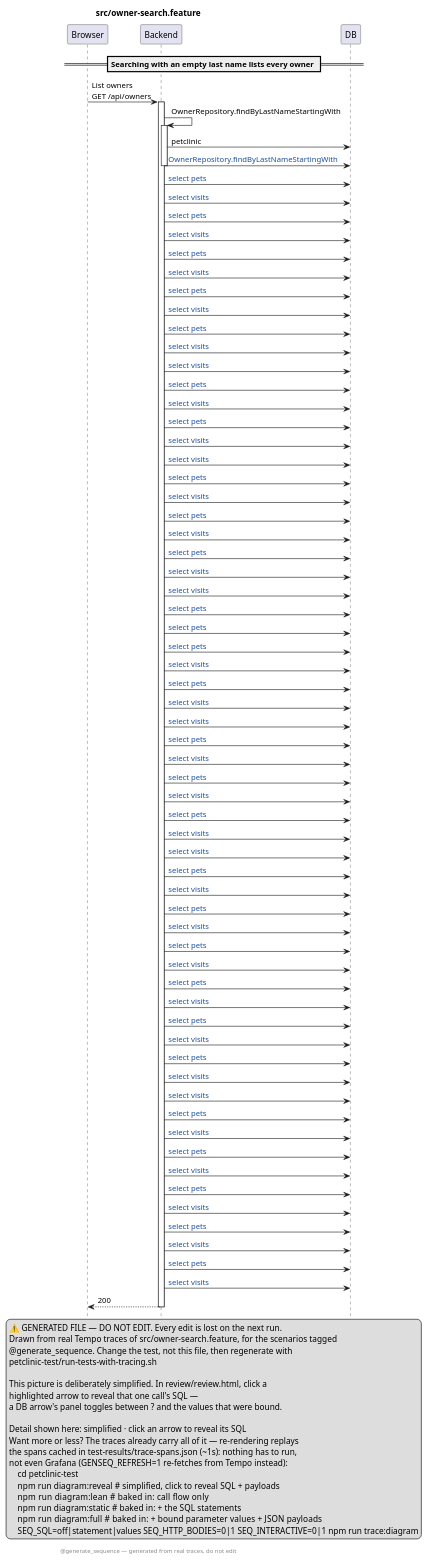
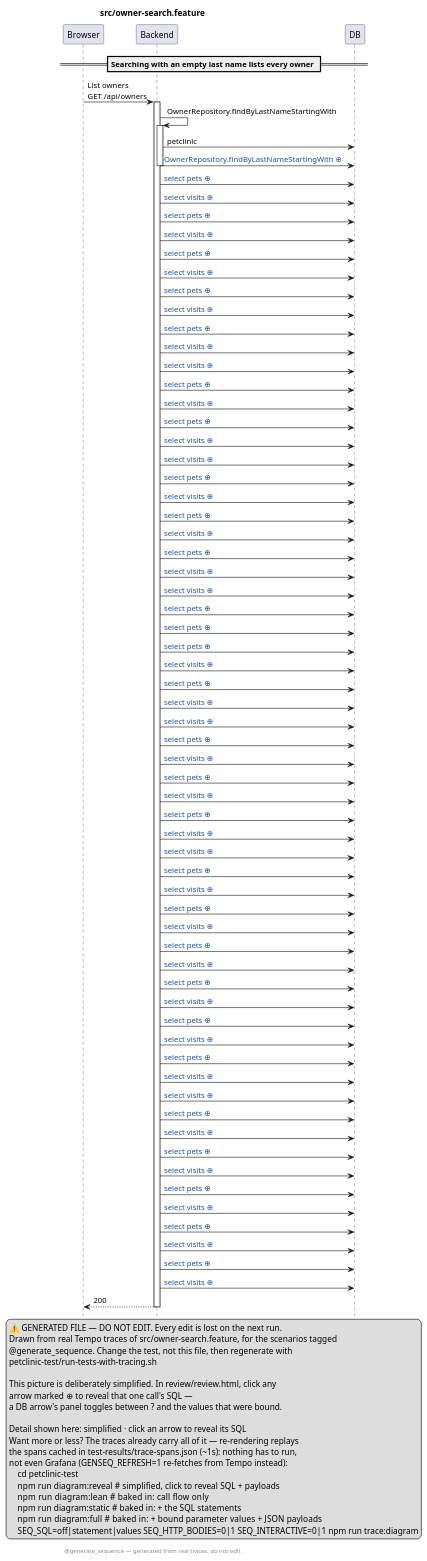
One commit to victorrentea/petclinic changed the diagram in petclinic-test/src/owner-search.feature.genseq.puml. Above: the diagram before and after it, drawn with PlantUML. The commit also changed 4 other files, not shown here.

```diff
--- a/petclinic-test/src/owner-search.feature.genseq.puml
+++ b/petclinic-test/src/owner-search.feature.genseq.puml
@@ -1,102 +1,102 @@
 @startuml
 ' ⚠️  GENERATED FILE — DO NOT EDIT. Every edit is lost on the next run.
 hide footbox
 skinparam hyperlinkUnderline false
 skinparam hyperlinkColor #1A4FA0
 title src/owner-search.feature
 legend right
   ⚠️  GENERATED FILE — DO NOT EDIT. Every edit is lost on the next run.
   Drawn from real Tempo traces of src/owner-search.feature, for the scenarios tagged
   @generate_sequence. Change the test, not this file, then regenerate with
   petclinic-test/run-tests-with-tracing.sh
  
-  This picture is deliberately simplified. In review/review.html, click a
-  highlighted arrow to reveal that one call's SQL —
+  This picture is deliberately simplified. In review/review.html, click any
+  arrow marked ⊕ to reveal that one call's SQL —
   a DB arrow's panel toggles between ? and the values that were bound.
  
   Detail shown here: simplified · click an arrow to reveal its SQL
   Want more or less? The traces already carry all of it — re-rendering replays
   the spans cached in test-results/trace-spans.json (~1s): nothing has to run,
   not even Grafana (GENSEQ_REFRESH=1 re-fetches from Tempo instead):
       cd petclinic-test
       npm run diagram:reveal  # simplified, click to reveal SQL + payloads
       npm run diagram:lean    # baked in: call flow only
       npm run diagram:static  # baked in: + the SQL statements
       npm run diagram:full    # baked in: + bound parameter values + JSON payloads
       SEQ_SQL=off|statement|values SEQ_HTTP_BODIES=0|1 SEQ_INTERACTIVE=0|1 npm run trace:diagram
 end legend
 footer @generate_sequence — generated from real traces, do not edit
 participant Browser
 participant Backend
 participant DB
 == Searching with an empty last name lists every owner ==
 Browser -> Backend: List owners\nGET /api/owners
 activate Backend
 Backend -> Backend: OwnerRepository.findByLastNameStartingWith
 activate Backend
 Backend -> DB: petclinic
-Backend -> DB: [[genseq://143xe0l{Click for the statement behind this call} OwnerRepository.findByLastNameStartingWith]]
+Backend -> DB: [[genseq://143xe0l{Click for the statement behind this call} OwnerRepository.findByLastNameStartingWith ⊕]]
 deactivate Backend
-Backend -> DB: [[genseq://030w0nk{Click for the statement behind this call} select pets]]
-Backend -> DB: [[genseq://0nq1lxs{Click for the statement behind this call} select visits]]
-Backend -> DB: [[genseq://12cxbed{Click for the statement behind this call} select pets]]
-Backend -> DB: [[genseq://1n22wol{Click for the statement behind this call} select visits]]
-Backend -> DB: [[genseq://1lhvte6{Click for the statement behind this call} select pets]]
-Backend -> DB: [[genseq://075xcpa{Click for the statement behind this call} select visits]]
-Backend -> DB: [[genseq://0ro48t7{Click for the statement behind this call} select pets]]
-Backend -> DB: [[genseq://1cd9u3f{Click for the statement behind this call} select visits]]
-Backend -> DB: [[genseq://15zzto4{Click for the statement behind this call} select pets]]
-Backend -> DB: [[genseq://1o7w4wp{Click for the statement behind this call} select visits]]
-Backend -> DB: [[genseq://1qp5eyc{Click for the statement behind this call} select visits]]
-Backend -> DB: [[genseq://13iqjmh{Click for the statement behind this call} select pets]]
-Backend -> DB: [[genseq://1hzjhsy{Click for the statement behind this call} select visits]]
-Backend -> DB: [[genseq://0xadwiq{Click for the statement behind this call} select pets]]
-Backend -> DB: [[genseq://060v3d1{Click for the statement behind this call} select visits]]
-Backend -> DB: [[genseq://0vcpepb{Click for the statement behind this call} select visits]]
-Backend -> DB: [[genseq://0anjtf3{Click for the statement behind this call} select pets]]
-Backend -> DB: [[genseq://0yvdxi8{Click for the statement behind this call} select visits]]
-Backend -> DB: [[genseq://1a2kb0l{Click for the statement behind this call} select pets]]
-Backend -> DB: [[genseq://12hpq13{Click for the statement behind this call} select visits]]
-Backend -> DB: [[genseq://03vz36o{Click for the statement behind this call} select pets]]
-Backend -> DB: [[genseq://00upuw9{Click for the statement behind this call} select visits]]
-Backend -> DB: [[genseq://1parp4q{Click for the statement behind this call} select visits]]
-Backend -> DB: [[genseq://07iavpj{Click for the statement behind this call} select pets]]
-Backend -> DB: [[genseq://0ubcut6{Click for the statement behind this call} select pets]]
-Backend -> DB: [[genseq://14wf2jt{Click for the statement behind this call} select pets]]
-Backend -> DB: [[genseq://10175qc{Click for the statement behind this call} select visits]]
-Backend -> DB: [[genseq://051sbes{Click for the statement behind this call} select pets]]
-Backend -> DB: [[genseq://1nou1nv{Click for the statement behind this call} select visits]]
-Backend -> DB: [[genseq://04e6q5a{Click for the statement behind this call} select visits]]
-Backend -> DB: [[genseq://0spf7cb{Click for the statement behind this call} select pets]]
-Backend -> DB: [[genseq://0o4hxq5{Click for the statement behind this call} select visits]]
-Backend -> DB: [[genseq://18fvxsu{Click for the statement behind this call} select pets]]
-Backend -> DB: [[genseq://0bzx4uw{Click for the statement behind this call} select visits]]
-Backend -> DB: [[genseq://1s675dp{Click for the statement behind this call} select pets]]
-Backend -> DB: [[genseq://13f0bxw{Click for the statement behind this call} select visits]]
-Backend -> DB: [[genseq://10xr1w9{Click for the statement behind this call} select visits]]
-Backend -> DB: [[genseq://1g1mcig{Click for the statement behind this call} select pets]]
-Backend -> DB: [[genseq://1iwwbny{Click for the statement behind this call} select visits]]
-Backend -> DB: [[genseq://08flhmc{Click for the statement behind this call} select pets]]
-Backend -> DB: [[genseq://0p34r2z{Click for the statement behind this call} select visits]]
-Backend -> DB: [[genseq://05yc7kp{Click for the statement behind this call} select pets]]
-Backend -> DB: [[genseq://00fwixc{Click for the statement behind this call} select visits]]
-Backend -> DB: [[genseq://0nxhhce{Click for the statement behind this call} select pets]]
-Backend -> DB: [[genseq://0zrxto5{Click for the statement behind this call} select visits]]
-Backend -> DB: [[genseq://1t4tyqj{Click for the statement behind this call} select pets]]
-Backend -> DB: [[genseq://0qp2eju{Click for the statement behind this call} select visits]]
-Backend -> DB: [[genseq://14hlqkw{Click for the statement behind this call} select pets]]
-Backend -> DB: [[genseq://1sjcrsc{Click for the statement behind this call} select visits]]
-Backend -> DB: [[genseq://0u99zjr{Click for the statement behind this call} select visits]]
-Backend -> DB: [[genseq://04sizcl{Click for the statement behind this call} select pets]]
-Backend -> DB: [[genseq://0so4c5t{Click for the statement behind this call} select visits]]
-Backend -> DB: [[genseq://1uqrm7e{Click for the statement behind this call} select pets]]
-Backend -> DB: [[genseq://1ufhslr{Click for the statement behind this call} select visits]]
-Backend -> DB: [[genseq://1yaz77b{Click for the statement behind this call} select pets]]
-Backend -> DB: [[genseq://0p1zmte{Click for the statement behind this call} select visits]]
-Backend -> DB: [[genseq://0xjxxgs{Click for the statement behind this call} select pets]]
-Backend -> DB: [[genseq://07ldlu5{Click for the statement behind this call} select visits]]
-Backend -> DB: [[genseq://0wu9h9z{Click for the statement behind this call} select pets]]
-Backend -> DB: [[genseq://1hjf2k7{Click for the statement behind this call} select visits]]
+Backend -> DB: [[genseq://030w0nk{Click for the statement behind this call} select pets ⊕]]
+Backend -> DB: [[genseq://0nq1lxs{Click for the statement behind this call} select visits ⊕]]
+Backend -> DB: [[genseq://12cxbed{Click for the statement behind this call} select pets ⊕]]
+Backend -> DB: [[genseq://1n22wol{Click for the statement behind this call} select visits ⊕]]
+Backend -> DB: [[genseq://1lhvte6{Click for the statement behind this call} select pets ⊕]]
+Backend -> DB: [[genseq://075xcpa{Click for the statement behind this call} select visits ⊕]]
+Backend -> DB: [[genseq://0ro48t7{Click for the statement behind this call} select pets ⊕]]
+Backend -> DB: [[genseq://1cd9u3f{Click for the statement behind this call} select visits ⊕]]
+Backend -> DB: [[genseq://15zzto4{Click for the statement behind this call} select pets ⊕]]
+Backend -> DB: [[genseq://1o7w4wp{Click for the statement behind this call} select visits ⊕]]
+Backend -> DB: [[genseq://1qp5eyc{Click for the statement behind this call} select visits ⊕]]
+Backend -> DB: [[genseq://13iqjmh{Click for the statement behind this call} select pets ⊕]]
+Backend -> DB: [[genseq://1hzjhsy{Click for the statement behind this call} select visits ⊕]]
+Backend -> DB: [[genseq://0xadwiq{Click for the statement behind this call} select pets ⊕]]
+Backend -> DB: [[genseq://060v3d1{Click for the statement behind this call} select visits ⊕]]
+Backend -> DB: [[genseq://0vcpepb{Click for the statement behind this call} select visits ⊕]]
+Backend -> DB: [[genseq://0anjtf3{Click for the statement behind this call} select pets ⊕]]
+Backend -> DB: [[genseq://0yvdxi8{Click for the statement behind this call} select visits ⊕]]
+Backend -> DB: [[genseq://1a2kb0l{Click for the statement behind this call} select pets ⊕]]
+Backend -> DB: [[genseq://12hpq13{Click for the statement behind this call} select visits ⊕]]
+Backend -> DB: [[genseq://03vz36o{Click for the statement behind this call} select pets ⊕]]
+Backend -> DB: [[genseq://00upuw9{Click for the statement behind this call} select visits ⊕]]
+Backend -> DB: [[genseq://1parp4q{Click for the statement behind this call} select visits ⊕]]
+Backend -> DB: [[genseq://07iavpj{Click for the statement behind this call} select pets ⊕]]
+Backend -> DB: [[genseq://0ubcut6{Click for the statement behind this call} select pets ⊕]]
+Backend -> DB: [[genseq://14wf2jt{Click for the statement behind this call} select pets ⊕]]
+Backend -> DB: [[genseq://10175qc{Click for the statement behind this call} select visits ⊕]]
+Backend -> DB: [[genseq://051sbes{Click for the statement behind this call} select pets ⊕]]
+Backend -> DB: [[genseq://1nou1nv{Click for the statement behind this call} select visits ⊕]]
+Backend -> DB: [[genseq://04e6q5a{Click for the statement behind this call} select visits ⊕]]
+Backend -> DB: [[genseq://0spf7cb{Click for the statement behind this call} select pets ⊕]]
+Backend -> DB: [[genseq://0o4hxq5{Click for the statement behind this call} select visits ⊕]]
+Backend -> DB: [[genseq://18fvxsu{Click for the statement behind this call} select pets ⊕]]
+Backend -> DB: [[genseq://0bzx4uw{Click for the statement behind this call} select visits ⊕]]
+Backend -> DB: [[genseq://1s675dp{Click for the statement behind this call} select pets ⊕]]
+Backend -> DB: [[genseq://13f0bxw{Click for the statement behind this call} select visits ⊕]]
+Backend -> DB: [[genseq://10xr1w9{Click for the statement behind this call} select visits ⊕]]
+Backend -> DB: [[genseq://1g1mcig{Click for the statement behind this call} select pets ⊕]]
+Backend -> DB: [[genseq://1iwwbny{Click for the statement behind this call} select visits ⊕]]
+Backend -> DB: [[genseq://08flhmc{Click for the statement behind this call} select pets ⊕]]
+Backend -> DB: [[genseq://0p34r2z{Click for the statement behind this call} select visits ⊕]]
+Backend -> DB: [[genseq://05yc7kp{Click for the statement behind this call} select pets ⊕]]
+Backend -> DB: [[genseq://00fwixc{Click for the statement behind this call} select visits ⊕]]
+Backend -> DB: [[genseq://0nxhhce{Click for the statement behind this call} select pets ⊕]]
+Backend -> DB: [[genseq://0zrxto5{Click for the statement behind this call} select visits ⊕]]
+Backend -> DB: [[genseq://1t4tyqj{Click for the statement behind this call} select pets ⊕]]
+Backend -> DB: [[genseq://0qp2eju{Click for the statement behind this call} select visits ⊕]]
+Backend -> DB: [[genseq://14hlqkw{Click for the statement behind this call} select pets ⊕]]
+Backend -> DB: [[genseq://1sjcrsc{Click for the statement behind this call} select visits ⊕]]
+Backend -> DB: [[genseq://0u99zjr{Click for the statement behind this call} select visits ⊕]]
+Backend -> DB: [[genseq://04sizcl{Click for the statement behind this call} select pets ⊕]]
+Backend -> DB: [[genseq://0so4c5t{Click for the statement behind this call} select visits ⊕]]
+Backend -> DB: [[genseq://1uqrm7e{Click for the statement behind this call} select pets ⊕]]
+Backend -> DB: [[genseq://1ufhslr{Click for the statement behind this call} select visits ⊕]]
+Backend -> DB: [[genseq://1yaz77b{Click for the statement behind this call} select pets ⊕]]
+Backend -> DB: [[genseq://0p1zmte{Click for the statement behind this call} select visits ⊕]]
+Backend -> DB: [[genseq://0xjxxgs{Click for the statement behind this call} select pets ⊕]]
+Backend -> DB: [[genseq://07ldlu5{Click for the statement behind this call} select visits ⊕]]
+Backend -> DB: [[genseq://0wu9h9z{Click for the statement behind this call} select pets ⊕]]
+Backend -> DB: [[genseq://1hjf2k7{Click for the statement behind this call} select visits ⊕]]
 Backend --> Browser: 200
 deactivate Backend
 @enduml
```
